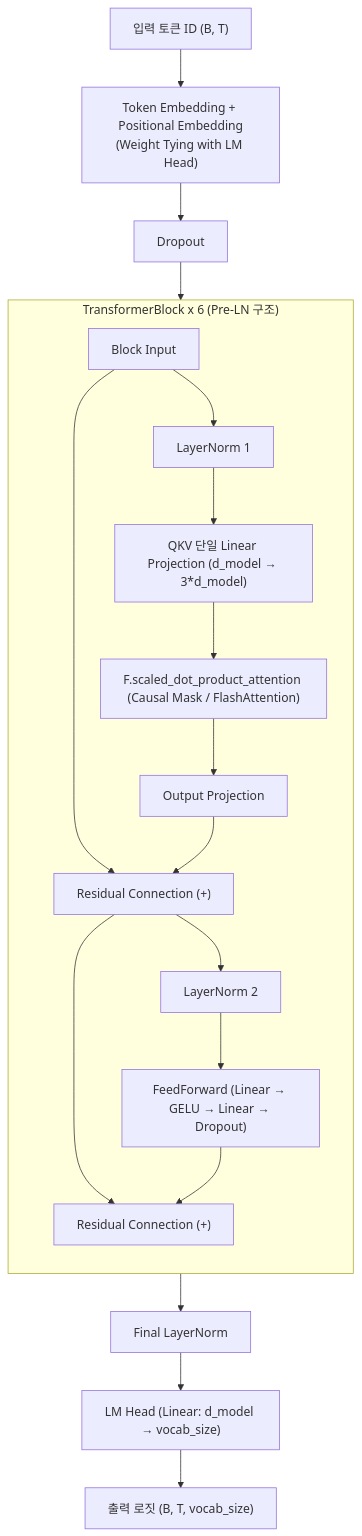
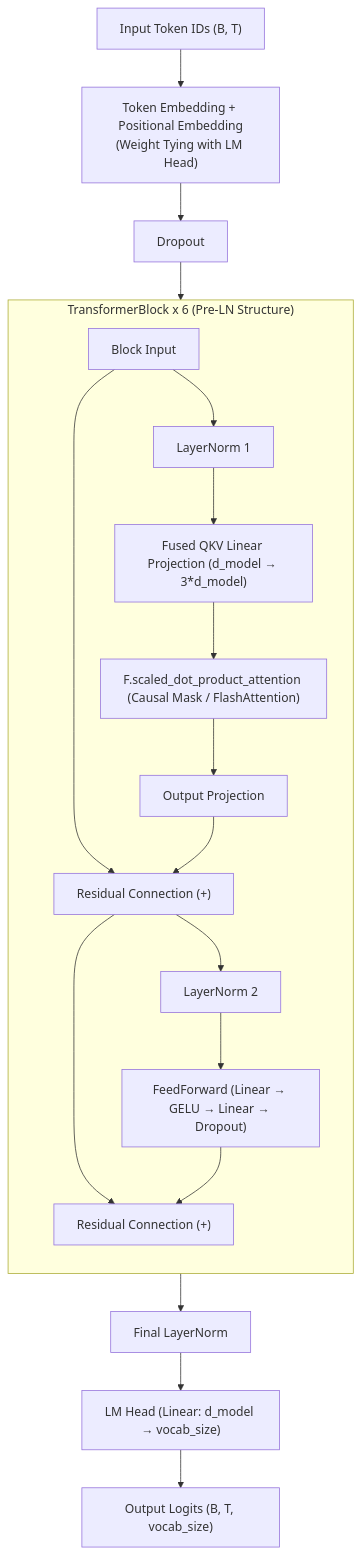
Before and after one commit to chywoo/milm: the diagram in README.md, drawn with Mermaid. The commit also changed other lines of this file and 17 other files, not shown here.

````diff
--- a/README.md
+++ b/README.md
@@ -35,25 +35,25 @@
 ```mermaid
 flowchart TB
-    In["입력 토큰 ID (B, T)"] --> Emb["Token Embedding + Positional Embedding\n(Weight Tying with LM Head)"]
+    In["Input Token IDs (B, T)"] --> Emb["Token Embedding + Positional Embedding\n(Weight Tying with LM Head)"]
     Emb --> Drop["Dropout"]
     
-    subgraph Blocks["TransformerBlock x 6 (Pre-LN 구조)"]
+    subgraph Blocks["TransformerBlock x 6 (Pre-LN Structure)"]
         direction TB
         BlockIn["Block Input"] --> LN1["LayerNorm 1"]
-        LN1 --> QKV["QKV 단일 Linear Projection (d_model → 3*d_model)"]
+        LN1 --> QKV["Fused QKV Linear Projection (d_model → 3*d_model)"]
         QKV --> SDPA["F.scaled_dot_product_attention (Causal Mask / FlashAttention)"]
         SDPA --> OutProj["Output Projection"]
         BlockIn --> Add1["Residual Connection (+)"]
         OutProj --> Add1
         
         Add1 --> LN2["LayerNorm 2"]
         LN2 --> FFN["FeedForward (Linear → GELU → Linear → Dropout)"]
         Add1 --> Add2["Residual Connection (+)"]
         FFN --> Add2
     end
     
     Drop --> Blocks
     Blocks --> FinalLN["Final LayerNorm"]
     FinalLN --> LMHead["LM Head (Linear: d_model → vocab_size)"]
-    LMHead --> Logits["출력 로짓 (B, T, vocab_size)"]
+    LMHead --> Logits["Output Logits (B, T, vocab_size)"]
 ```
````
